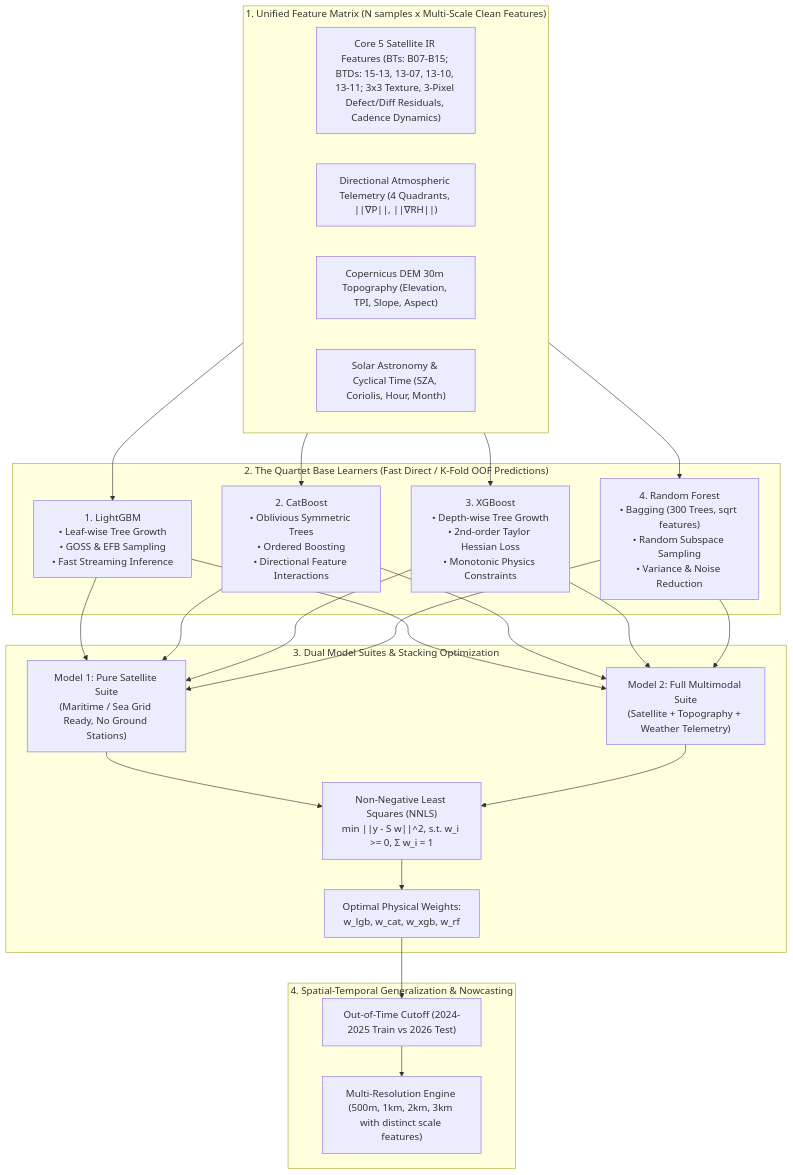
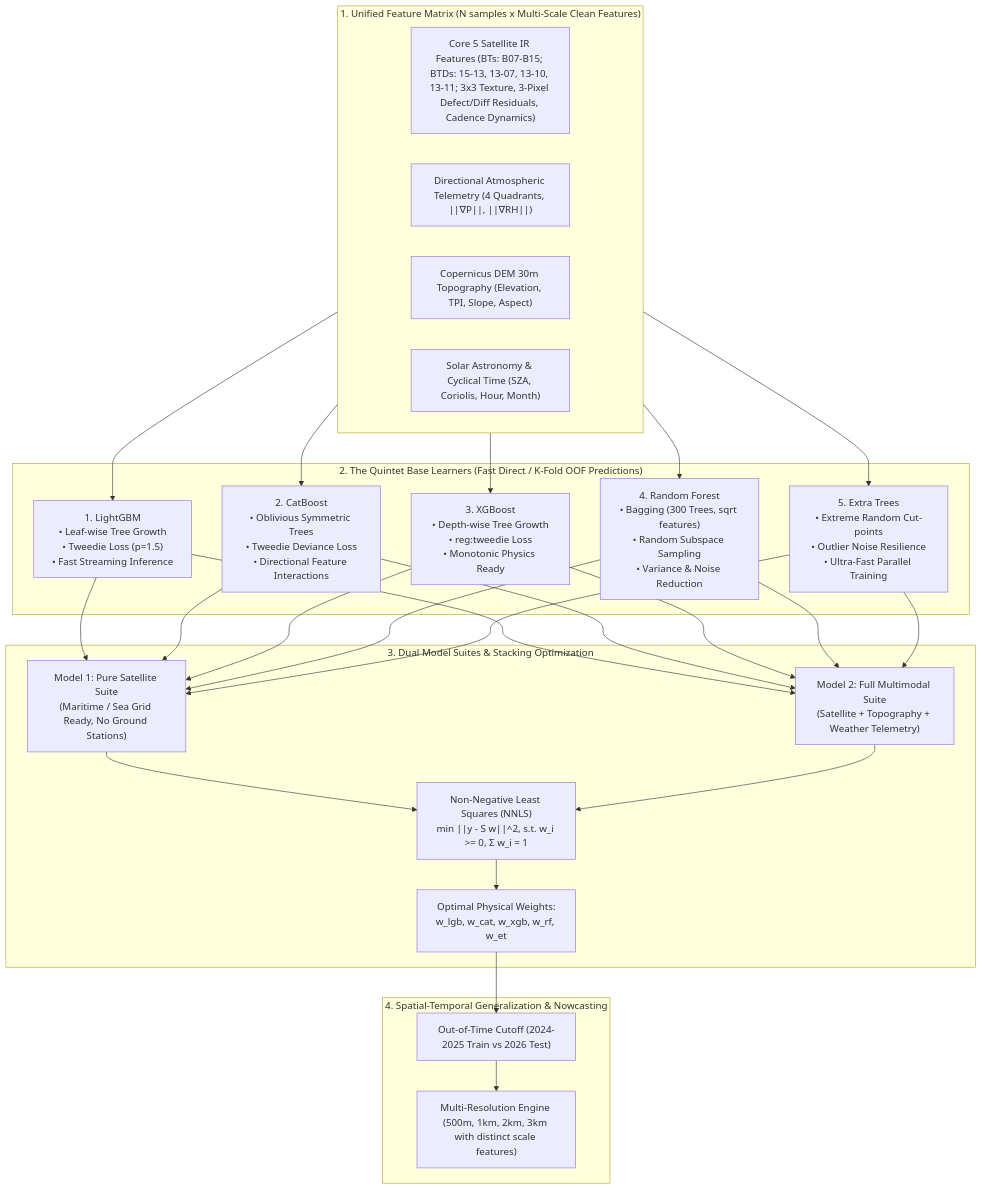
The first of 2 diagrams in technical-model.md (korarit/dust-from-satellite-image-thailand), drawn with Mermaid before and after one commit. The commit also changed other lines of this file and 16 other files, not shown here.

Commit message:
feat(model): integrate ExtraTrees into Quintet ensemble and configure Tweedie Loss for gradient boosters

````diff
--- a/technical-model.md
+++ b/technical-model.md
@@ -15,33 +15,34 @@
 ```mermaid
 flowchart TD
     subgraph InputMatrix ["1. Unified Feature Matrix (N samples x Multi-Scale Clean Features)"]
         F1["Core 5 Satellite IR Features (BTs: B07-B15; BTDs: 15-13, 13-07, 13-10, 13-11; 3x3 Texture, 3-Pixel Defect/Diff Residuals, Cadence Dynamics)"]
         F2["Directional Atmospheric Telemetry (4 Quadrants, ||∇P||, ||∇RH||)"]
         F3["Copernicus DEM 30m Topography (Elevation, TPI, Slope, Aspect)"]
         F4["Solar Astronomy & Cyclical Time (SZA, Coriolis, Hour, Month)"]
     end
 
-    subgraph QuartetSuite ["2. The Quartet Base Learners (Fast Direct / K-Fold OOF Predictions)"]
-        LGB["1. LightGBM<br>• Leaf-wise Tree Growth<br>• GOSS & EFB Sampling<br>• Fast Streaming Inference"]
-        CAT["2. CatBoost<br>• Oblivious Symmetric Trees<br>• Ordered Boosting<br>• Directional Feature Interactions"]
-        XGB["3. XGBoost<br>• Depth-wise Tree Growth<br>• 2nd-order Taylor Hessian Loss<br>• Monotonic Physics Constraints"]
+    subgraph QuintetSuite ["2. The Quintet Base Learners (Fast Direct / K-Fold OOF Predictions)"]
+        LGB["1. LightGBM<br>• Leaf-wise Tree Growth<br>• Tweedie Loss (p=1.5)<br>• Fast Streaming Inference"]
+        CAT["2. CatBoost<br>• Oblivious Symmetric Trees<br>• Tweedie Deviance Loss<br>• Directional Feature Interactions"]
+        XGB["3. XGBoost<br>• Depth-wise Tree Growth<br>• reg:tweedie Loss<br>• Monotonic Physics Ready"]
         RF["4. Random Forest<br>• Bagging (300 Trees, sqrt features)<br>• Random Subspace Sampling<br>• Variance & Noise Reduction"]
+        ET["5. Extra Trees<br>• Extreme Random Cut-points<br>• Outlier Noise Resilience<br>• Ultra-Fast Parallel Training"]
     end
 
     subgraph DualArchitectures ["3. Dual Model Suites & Stacking Optimization"]
         M1["Model 1: Pure Satellite Suite<br>(Maritime / Sea Grid Ready, No Ground Stations)"]
         M2["Model 2: Full Multimodal Suite<br>(Satellite + Topography + Weather Telemetry)"]
         NNLS["Non-Negative Least Squares (NNLS)<br>min ||y - S w||^2, s.t. w_i >= 0, Σ w_i = 1"]
-        Weights["Optimal Physical Weights:<br>w_lgb, w_cat, w_xgb, w_rf"]
+        Weights["Optimal Physical Weights:<br>w_lgb, w_cat, w_xgb, w_rf, w_et"]
     end
 
     subgraph Evaluation ["4. Spatial-Temporal Generalization & Nowcasting"]
         OOT["Out-of-Time Cutoff (2024-2025 Train vs 2026 Test)"]
         Nowcast["Multi-Resolution Engine (500m, 1km, 2km, 3km with distinct scale features)"]
     end
 
-    InputMatrix --> LGB & CAT & XGB & RF
-    LGB & CAT & XGB & RF --> M1 & M2
+    InputMatrix --> LGB & CAT & XGB & RF & ET
+    LGB & CAT & XGB & RF & ET --> M1 & M2
     M1 & M2 --> NNLS --> Weights
     Weights --> OOT --> Nowcast
 ```
````
